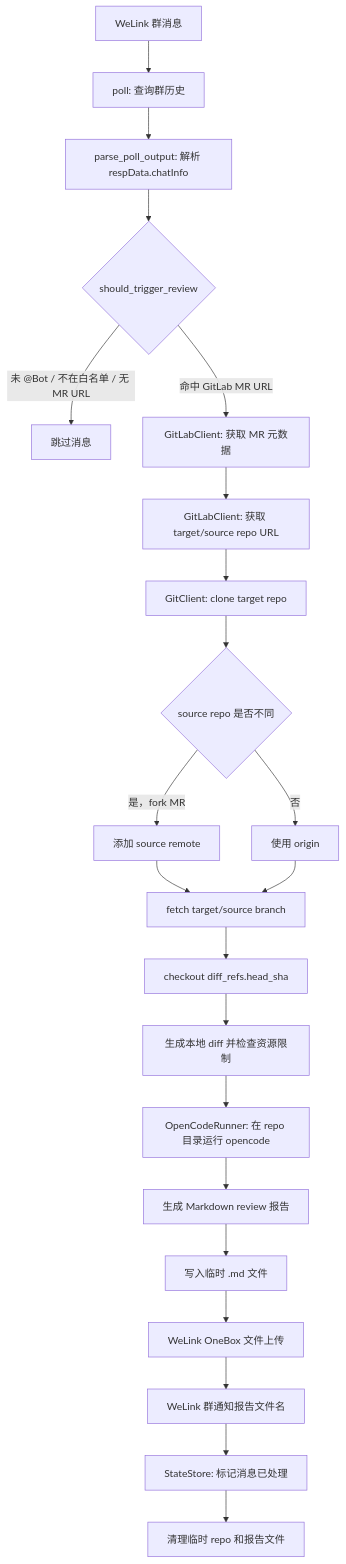
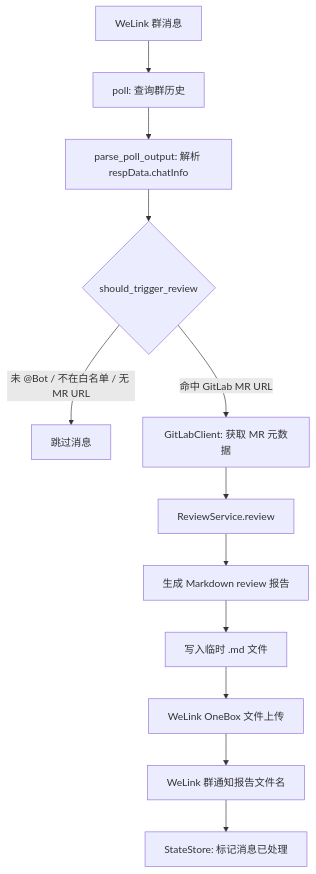
The second of 3 diagrams in docs/DESIGN.md (Faye-663/code-mr-reviewer), drawn with Mermaid before and after one commit. The commit also changed other lines of this file and 3 other files, not shown here.

````diff
--- a/docs/DESIGN.md
+++ b/docs/DESIGN.md
@@ -5,24 +23,14 @@
 ```mermaid
 flowchart TD
     A["WeLink 群消息"] --> B["poll: 查询群历史"]
     B --> C["parse_poll_output: 解析 respData.chatInfo"]
     C --> D{"should_trigger_review"}
     D -- "未 @Bot / 不在白名单 / 无 MR URL" --> E["跳过消息"]
     D -- "命中 GitLab MR URL" --> F["GitLabClient: 获取 MR 元数据"]
-    F --> G["GitLabClient: 获取 target/source repo URL"]
-    G --> H["GitClient: clone target repo"]
-    H --> I{"source repo 是否不同"}
-    I -- "是，fork MR" --> J["添加 source remote"]
-    I -- "否" --> K["使用 origin"]
-    J --> L["fetch target/source branch"]
-    K --> L
-    L --> M["checkout diff_refs.head_sha"]
-    M --> N["生成本地 diff 并检查资源限制"]
-    N --> O["OpenCodeRunner: 在 repo 目录运行 opencode"]
-    O --> P["生成 Markdown review 报告"]
-    P --> Q["写入临时 .md 文件"]
-    Q --> R["WeLink OneBox 文件上传"]
-    R --> S["WeLink 群通知报告文件名"]
-    S --> T["StateStore: 标记消息已处理"]
-    T --> U["清理临时 repo 和报告文件"]
+    F --> G["ReviewService.review"]
+    G --> H["生成 Markdown review 报告"]
+    H --> I["写入临时 .md 文件"]
+    I --> J["WeLink OneBox 文件上传"]
+    J --> K["WeLink 群通知报告文件名"]
+    K --> L["StateStore: 标记消息已处理"]
 ```
````
